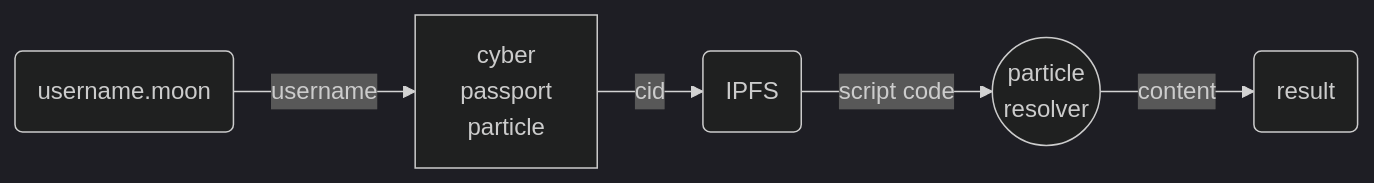
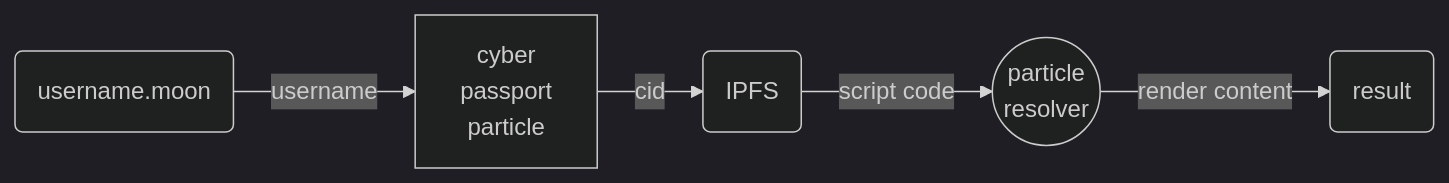
One commit to cybercongress/cyb-ts changed the second of 3 diagrams in docs/scripting.md. Above: the diagram before and after it, drawn with Mermaid (dark theme). The commit also changed other lines of this file and 8 other files, not shown here.

````diff
--- a/docs/scripting.md
+++ b/docs/scripting.md
@@ -189,4 +193,4 @@
 ```mermaid
 graph LR
-B(username.moon) -- username --> C["cyber<br/>passport<br/>particle"] --  cid --> D(IPFS) -- script code --> E(( particle<br/> resolver)) -- content --> F(result)
+B(username.moon) -- username --> C["cyber<br/>passport<br/>particle"] --  cid --> D(IPFS) -- script code --> E(( particle<br/> resolver)) -- render content --> F(result)
 ```
````
